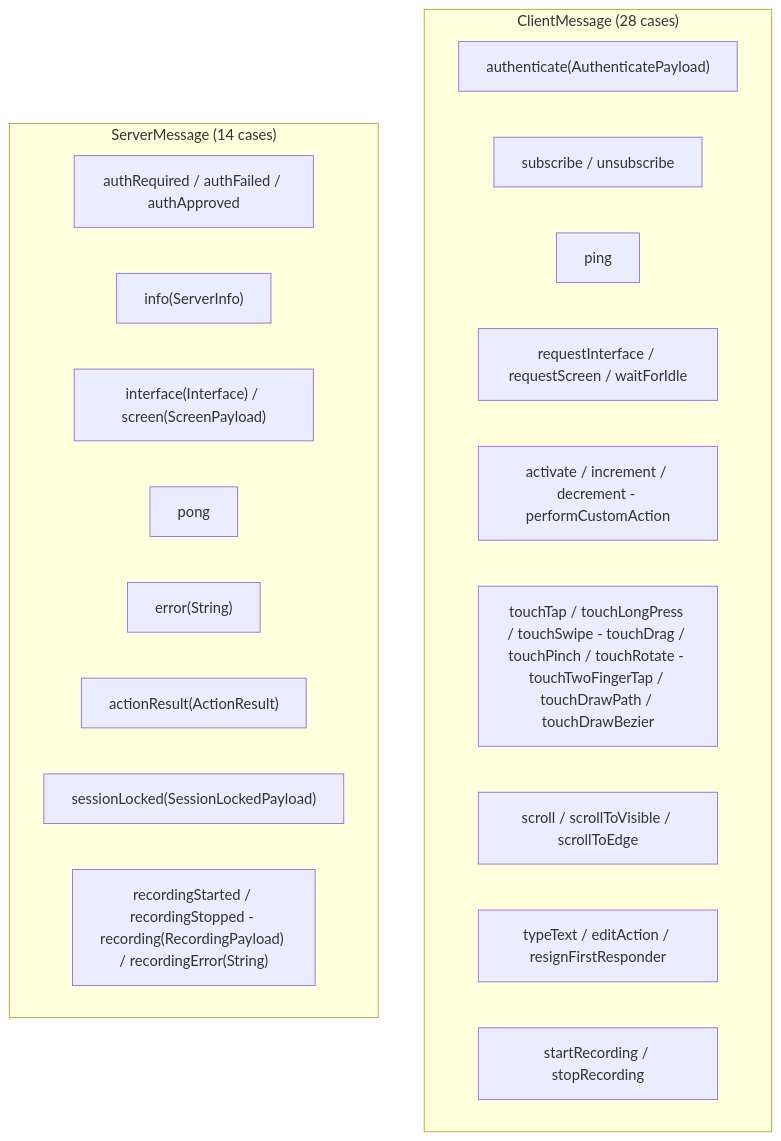
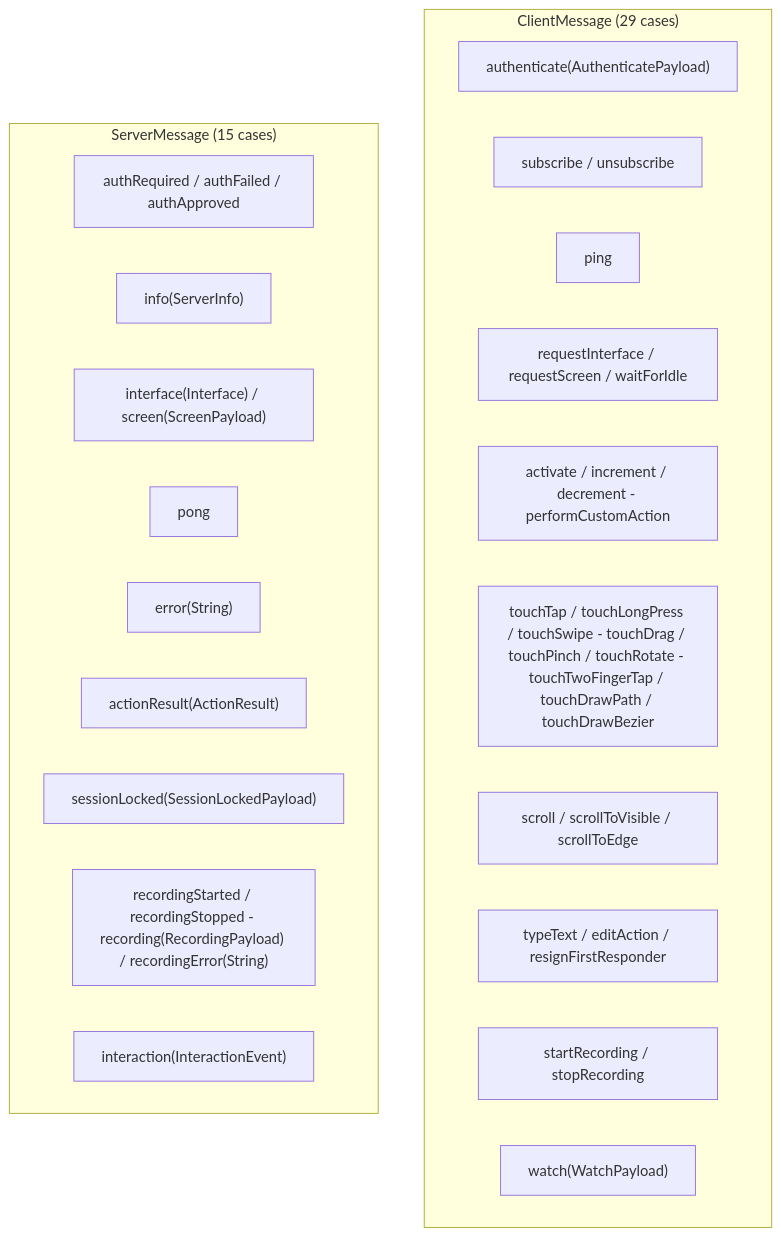
The second of 3 diagrams in docs/dossiers/01-THESCORE.md (RoyalPineapple/TheButtonHeist), drawn with Mermaid before and after one commit. The commit also changed other lines of this file and 26 other files, not shown here.

````diff
--- a/docs/dossiers/01-THESCORE.md
+++ b/docs/dossiers/01-THESCORE.md
@@ -50,25 +52,27 @@
 ```mermaid
 graph TD
-    subgraph ClientMessages["ClientMessage (28 cases)"]
+    subgraph ClientMessages["ClientMessage (29 cases)"]
         Auth["authenticate(AuthenticatePayload)"]
         Sub["subscribe / unsubscribe"]
         Ping["ping"]
         Query["requestInterface / requestScreen / waitForIdle"]
         Actions["activate / increment / decrement - performCustomAction"]
         Touch["touchTap / touchLongPress / touchSwipe - touchDrag / touchPinch / touchRotate - touchTwoFingerTap / touchDrawPath / touchDrawBezier"]
         Scroll["scroll / scrollToVisible / scrollToEdge"]
         Text["typeText / editAction / resignFirstResponder"]
         Recording["startRecording / stopRecording"]
+        Watch["watch(WatchPayload)"]
     end
 
-    subgraph ServerMessages["ServerMessage (14 cases)"]
+    subgraph ServerMessages["ServerMessage (15 cases)"]
         AuthResp["authRequired / authFailed / authApproved"]
         Info["info(ServerInfo)"]
         Data["interface(Interface) / screen(ScreenPayload)"]
         Pong["pong"]
         Error["error(String)"]
         Action["actionResult(ActionResult)"]
         Session["sessionLocked(SessionLockedPayload)"]
         Rec["recordingStarted / recordingStopped - recording(RecordingPayload) / recordingError(String)"]
+        Interaction["interaction(InteractionEvent)"]
     end
 ```
````
